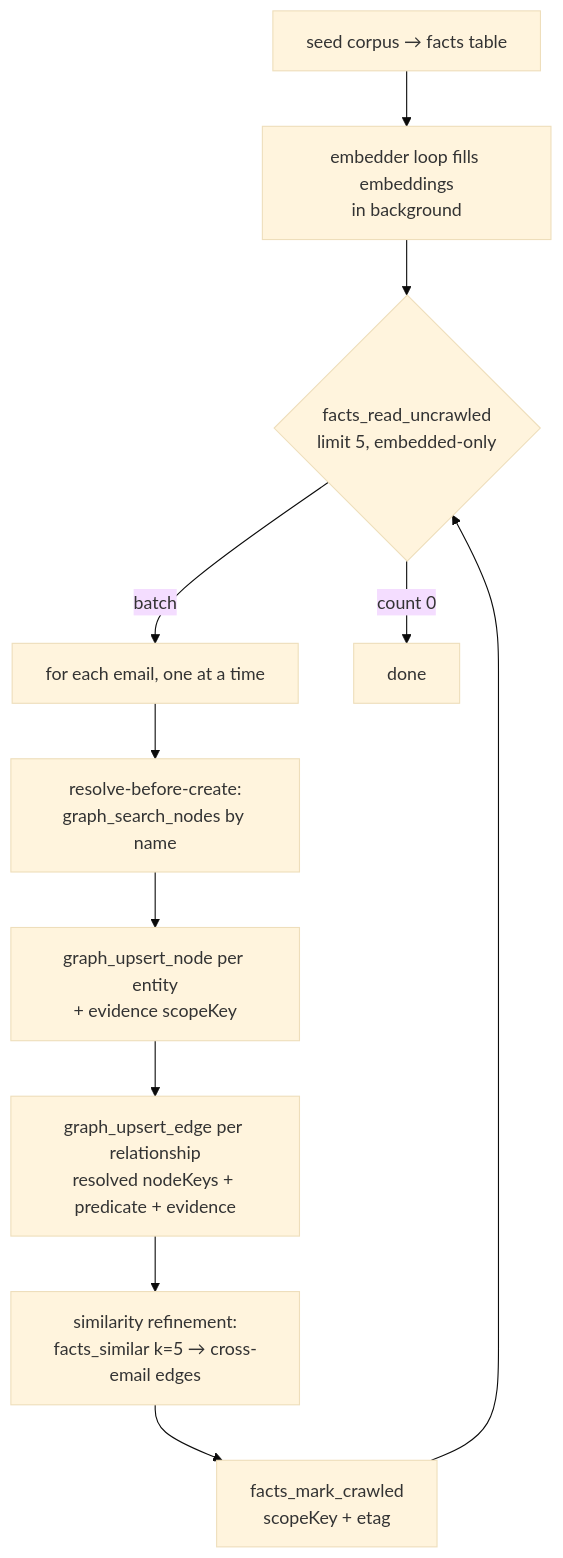
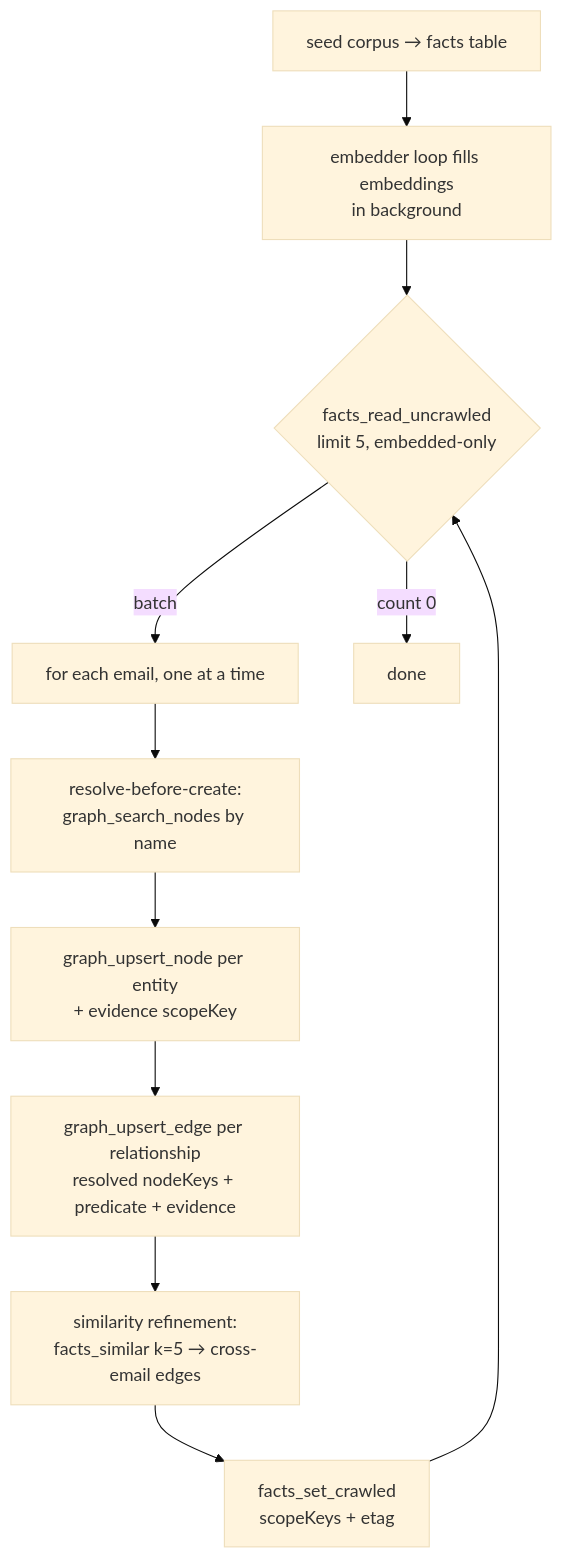
One commit to affandar/PilotSwarm changed the third of 5 diagrams in packages/horizon-store/docs/harvester-and-eval.md. Above: the diagram before and after it, drawn with Mermaid (base theme). The commit also changed other lines of this file and 37 other files, not shown here.

````diff
--- a/packages/horizon-store/docs/harvester-and-eval.md
+++ b/packages/horizon-store/docs/harvester-and-eval.md
@@ -166,13 +166,13 @@
 ```mermaid
 flowchart TD
     A[seed corpus → facts table] --> B[embedder loop fills embeddings<br/>in background]
     B --> C{facts_read_uncrawled<br/>limit 5, embedded-only}
     C -->|batch| D[for each email, one at a time]
     D --> E[resolve-before-create:<br/>graph_search_nodes by name]
     E --> F[graph_upsert_node per entity<br/>+ evidence scopeKey]
     F --> G[graph_upsert_edge per relationship<br/>resolved nodeKeys + predicate + evidence]
     G --> H[similarity refinement:<br/>facts_similar k=5 → cross-email edges]
-    H --> I[facts_mark_crawled<br/>scopeKey + etag]
+    H --> I[facts_set_crawled<br/>scopeKeys + etag]
     I --> C
     C -->|count 0| Z[done]
 ```
````
